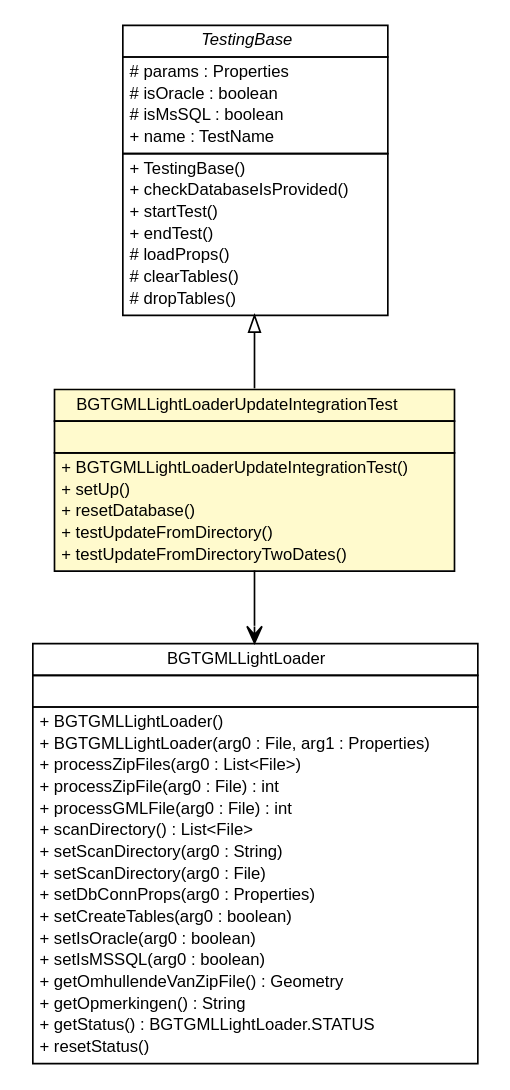
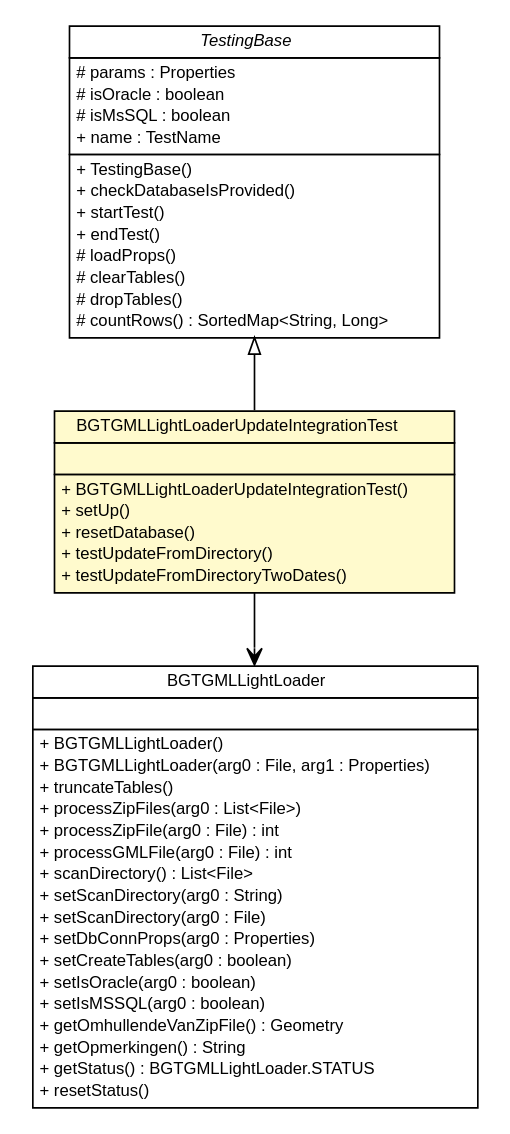
One commit to B3Partners/brmo changed the diagram in bgt-gml-loader/testapidocs/nl/b3p/brmo/loader/gml/BGTGMLLightLoaderUpdateIntegrationTest.dot. Above: the diagram before and after it, drawn with Graphviz. The commit also changed 4551 other files, not shown here.

```diff
--- a/bgt-gml-loader/testapidocs/nl/b3p/brmo/loader/gml/BGTGMLLightLoaderUpdateIntegrationTest.dot
+++ b/bgt-gml-loader/testapidocs/nl/b3p/brmo/loader/gml/BGTGMLLightLoaderUpdateIntegrationTest.dot
@@ -1,80 +1,82 @@
 #!/usr/local/bin/dot
 #
 # Class diagram 
 # Generated by UMLGraph version R5_6-24-gf6e263 (http://www.umlgraph.org/)
 #
 
 digraph G {
 	edge [fontname="Helvetica",fontsize=10,labelfontname="Helvetica",labelfontsize=10];
 	node [fontname="Helvetica",fontsize=10,shape=plaintext];
 	nodesep=0.25;
 	ranksep=0.5;
 	// nl.b3p.brmo.loader.gml.BGTGMLLightLoaderUpdateIntegrationTest
-	c82 [label=<<table title="nl.b3p.brmo.loader.gml.BGTGMLLightLoaderUpdateIntegrationTest" border="0" cellborder="1" cellspacing="0" cellpadding="2" port="p" bgcolor="lemonChiffon" href="./BGTGMLLightLoaderUpdateIntegrationTest.html">
+	c89 [label=<<table title="nl.b3p.brmo.loader.gml.BGTGMLLightLoaderUpdateIntegrationTest" border="0" cellborder="1" cellspacing="0" cellpadding="2" port="p" bgcolor="lemonChiffon" href="./BGTGMLLightLoaderUpdateIntegrationTest.html">
 		<tr><td><table border="0" cellspacing="0" cellpadding="1">
 <tr><td align="center" balign="center"> BGTGMLLightLoaderUpdateIntegrationTest </td></tr>
 		</table></td></tr>
 		<tr><td><table border="0" cellspacing="0" cellpadding="1">
 <tr><td align="left" balign="left">  </td></tr>
 		</table></td></tr>
 		<tr><td><table border="0" cellspacing="0" cellpadding="1">
 <tr><td align="left" balign="left"> + BGTGMLLightLoaderUpdateIntegrationTest() </td></tr>
 <tr><td align="left" balign="left"> + setUp() </td></tr>
 <tr><td align="left" balign="left"> + resetDatabase() </td></tr>
 <tr><td align="left" balign="left"> + testUpdateFromDirectory() </td></tr>
 <tr><td align="left" balign="left"> + testUpdateFromDirectoryTwoDates() </td></tr>
 		</table></td></tr>
 		</table>>, URL="./BGTGMLLightLoaderUpdateIntegrationTest.html", fontname="Helvetica", fontcolor="black", fontsize=10.0];
 	// nl.b3p.brmo.loader.gml.TestingBase
-	c89 [label=<<table title="nl.b3p.brmo.loader.gml.TestingBase" border="0" cellborder="1" cellspacing="0" cellpadding="2" port="p" href="./TestingBase.html">
+	c97 [label=<<table title="nl.b3p.brmo.loader.gml.TestingBase" border="0" cellborder="1" cellspacing="0" cellpadding="2" port="p" href="./TestingBase.html">
 		<tr><td><table border="0" cellspacing="0" cellpadding="1">
 <tr><td align="center" balign="center"><font face="Helvetica-Oblique"> TestingBase </font></td></tr>
 		</table></td></tr>
 		<tr><td><table border="0" cellspacing="0" cellpadding="1">
 <tr><td align="left" balign="left"> # params : Properties </td></tr>
 <tr><td align="left" balign="left"> # isOracle : boolean </td></tr>
 <tr><td align="left" balign="left"> # isMsSQL : boolean </td></tr>
 <tr><td align="left" balign="left"> + name : TestName </td></tr>
 		</table></td></tr>
 		<tr><td><table border="0" cellspacing="0" cellpadding="1">
 <tr><td align="left" balign="left"> + TestingBase() </td></tr>
 <tr><td align="left" balign="left"> + checkDatabaseIsProvided() </td></tr>
 <tr><td align="left" balign="left"> + startTest() </td></tr>
 <tr><td align="left" balign="left"> + endTest() </td></tr>
 <tr><td align="left" balign="left"> # loadProps() </td></tr>
 <tr><td align="left" balign="left"> # clearTables() </td></tr>
 <tr><td align="left" balign="left"> # dropTables() </td></tr>
+<tr><td align="left" balign="left"> # countRows() : SortedMap&lt;String, Long&gt; </td></tr>
 		</table></td></tr>
 		</table>>, URL="./TestingBase.html", fontname="Helvetica", fontcolor="black", fontsize=10.0];
 	//nl.b3p.brmo.loader.gml.BGTGMLLightLoaderUpdateIntegrationTest extends nl.b3p.brmo.loader.gml.TestingBase
-	c89:p -> c82:p [dir=back,arrowtail=empty];
+	c97:p -> c89:p [dir=back,arrowtail=empty];
 	// nl.b3p.brmo.loader.gml.BGTGMLLightLoaderUpdateIntegrationTest NAVASSOC nl.b3p.brmo.loader.gml.BGTGMLLightLoader
-	c82:p -> c92:p [taillabel="", label="", headlabel="", fontname="Helvetica", fontcolor="black", fontsize=10.0, color="black", arrowhead=open];
+	c89:p -> c100:p [taillabel="", label="", headlabel="", fontname="Helvetica", fontcolor="black", fontsize=10.0, color="black", arrowhead=open];
 	// nl.b3p.brmo.loader.gml.BGTGMLLightLoader
-	c92 [label=<<table title="nl.b3p.brmo.loader.gml.BGTGMLLightLoader" border="0" cellborder="1" cellspacing="0" cellpadding="2" port="p">
+	c100 [label=<<table title="nl.b3p.brmo.loader.gml.BGTGMLLightLoader" border="0" cellborder="1" cellspacing="0" cellpadding="2" port="p">
 		<tr><td><table border="0" cellspacing="0" cellpadding="1">
 <tr><td align="center" balign="center"> BGTGMLLightLoader </td></tr>
 		</table></td></tr>
 		<tr><td><table border="0" cellspacing="0" cellpadding="1">
 <tr><td align="left" balign="left">  </td></tr>
 		</table></td></tr>
 		<tr><td><table border="0" cellspacing="0" cellpadding="1">
 <tr><td align="left" balign="left"> + BGTGMLLightLoader() </td></tr>
 <tr><td align="left" balign="left"> + BGTGMLLightLoader(arg0 : File, arg1 : Properties) </td></tr>
+<tr><td align="left" balign="left"> + truncateTables() </td></tr>
 <tr><td align="left" balign="left"> + processZipFiles(arg0 : List&lt;File&gt;) </td></tr>
 <tr><td align="left" balign="left"> + processZipFile(arg0 : File) : int </td></tr>
 <tr><td align="left" balign="left"> + processGMLFile(arg0 : File) : int </td></tr>
 <tr><td align="left" balign="left"> + scanDirectory() : List&lt;File&gt; </td></tr>
 <tr><td align="left" balign="left"> + setScanDirectory(arg0 : String) </td></tr>
 <tr><td align="left" balign="left"> + setScanDirectory(arg0 : File) </td></tr>
 <tr><td align="left" balign="left"> + setDbConnProps(arg0 : Properties) </td></tr>
 <tr><td align="left" balign="left"> + setCreateTables(arg0 : boolean) </td></tr>
 <tr><td align="left" balign="left"> + setIsOracle(arg0 : boolean) </td></tr>
 <tr><td align="left" balign="left"> + setIsMSSQL(arg0 : boolean) </td></tr>
 <tr><td align="left" balign="left"> + getOmhullendeVanZipFile() : Geometry </td></tr>
 <tr><td align="left" balign="left"> + getOpmerkingen() : String </td></tr>
 <tr><td align="left" balign="left"> + getStatus() : BGTGMLLightLoader.STATUS </td></tr>
 <tr><td align="left" balign="left"> + resetStatus() </td></tr>
 		</table></td></tr>
 		</table>>, URL="null", fontname="Helvetica", fontcolor="black", fontsize=10.0];
 }
```
